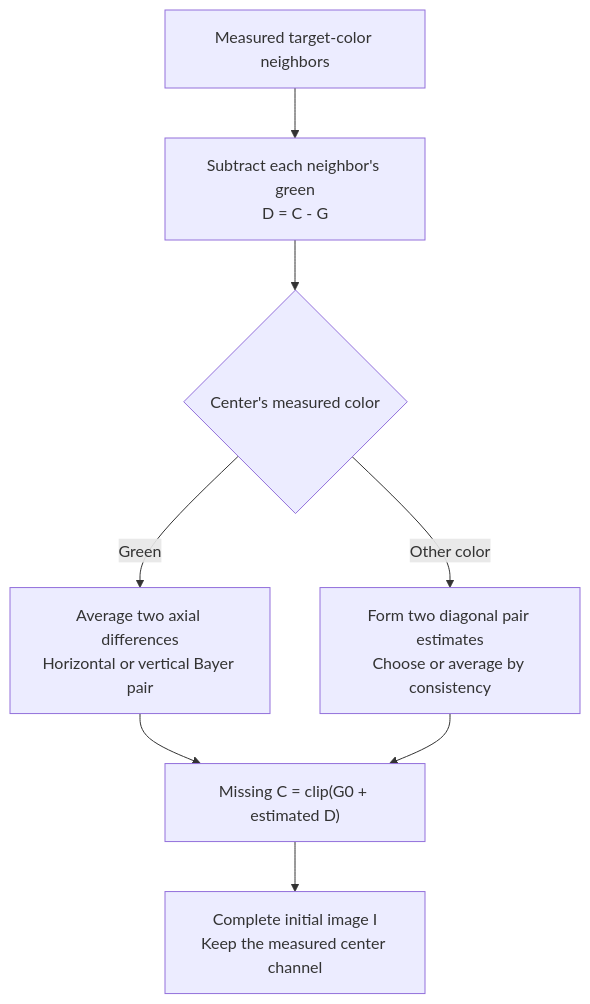
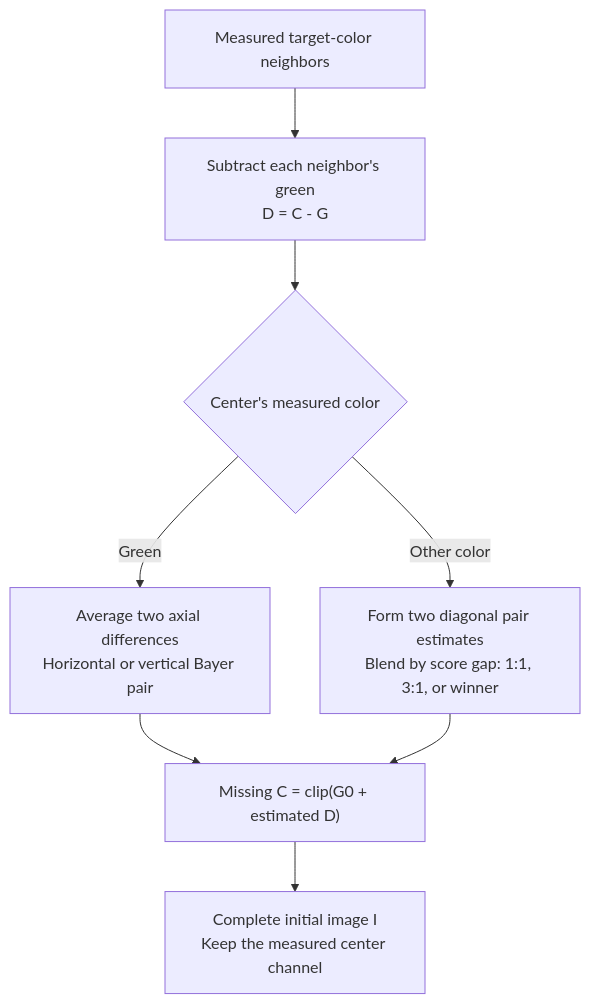
One commit to catid/SoftMenon changed the second of 3 diagrams in README.md. Above: the diagram before and after it, drawn with Mermaid. The commit also changed other lines of this file and 19 other files, not shown here.

````diff
--- a/README.md
+++ b/README.md
@@ -120,10 +121,10 @@
 ```mermaid
 flowchart TD
     N["Measured target-color neighbors"] --> D["Subtract each neighbor's green<br/>D = C - G"]
     D --> SITE{"Center's measured color"}
     SITE -->|Green| AX["Average two axial differences<br/>Horizontal or vertical Bayer pair"]
-    SITE -->|Other color| DI["Form two diagonal pair estimates<br/>Choose or average by consistency"]
+    SITE -->|Other color| DI["Form two diagonal pair estimates<br/>Blend by score gap: 1:1, 3:1, or winner"]
     AX --> C["Missing C = clip(G0 + estimated D)"]
     DI --> C
     C --> I["Complete initial image I<br/>Keep the measured center channel"]
 ```
````
